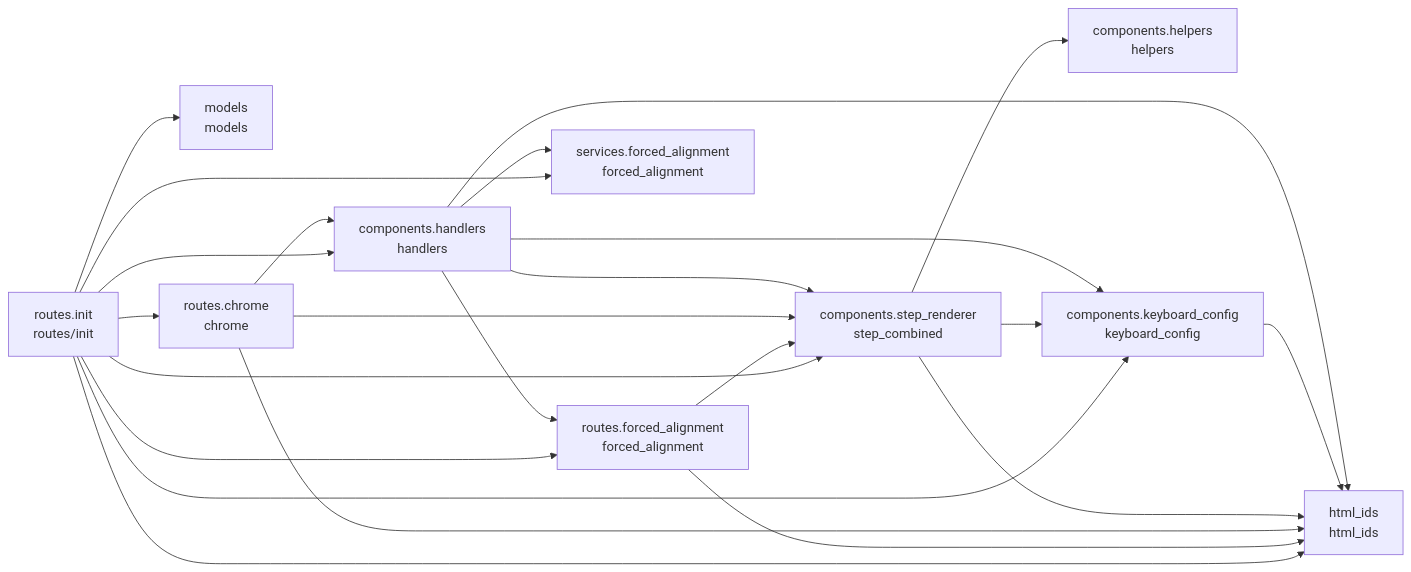
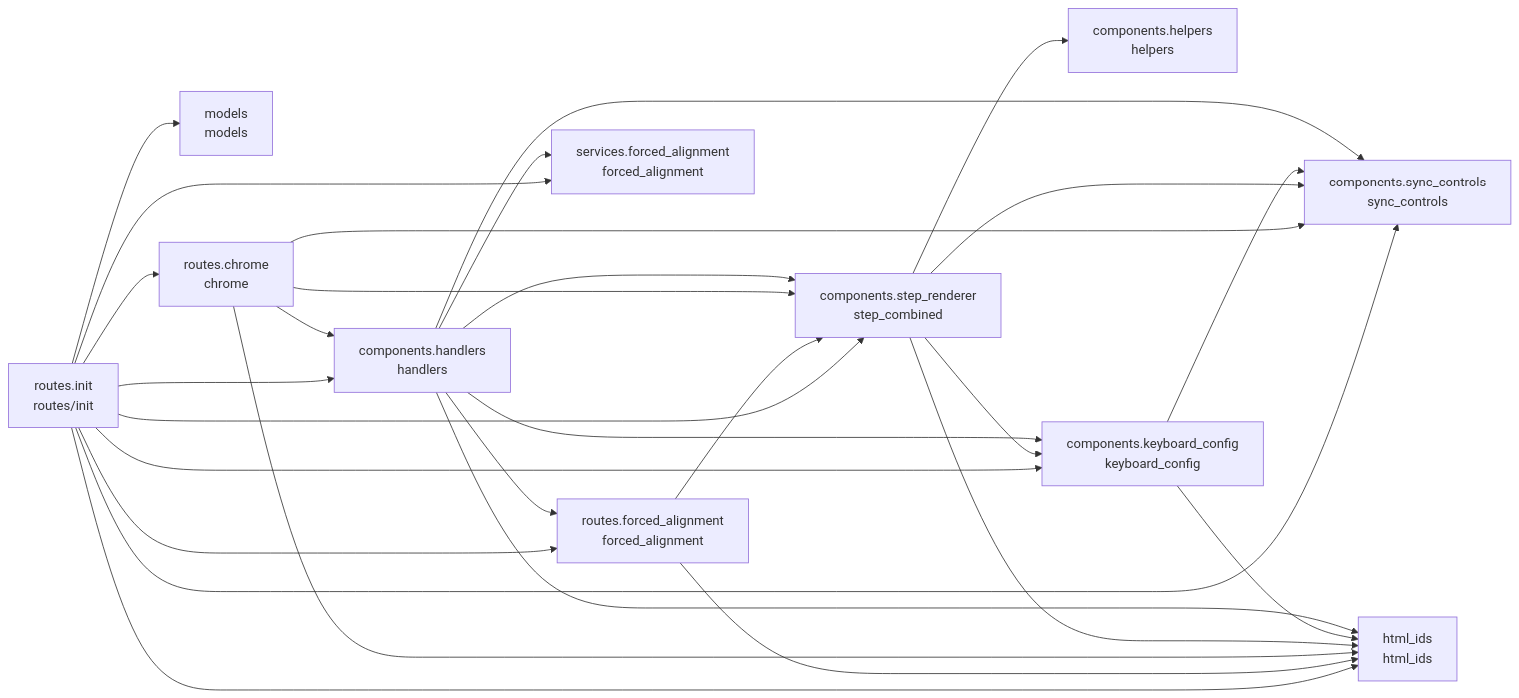
Before and after one commit to cj-mills/cjm-transcript-segment-align: the diagram in README.md, drawn with Mermaid. The commit also changed other lines of this file and 14 other files, not shown here.

````diff
--- a/README.md
+++ b/README.md
@@ -33,36 +34,42 @@
 ``` mermaid
 graph LR
     components_handlers[components.handlers<br/>handlers]
     components_helpers[components.helpers<br/>helpers]
     components_keyboard_config[components.keyboard_config<br/>keyboard_config]
     components_step_renderer[components.step_renderer<br/>step_combined]
+    components_sync_controls[components.sync_controls<br/>sync_controls]
     html_ids[html_ids<br/>html_ids]
     models[models<br/>models]
     routes_chrome[routes.chrome<br/>chrome]
     routes_forced_alignment[routes.forced_alignment<br/>forced_alignment]
     routes_init[routes.init<br/>routes/init]
     services_forced_alignment[services.forced_alignment<br/>forced_alignment]
 
-    components_handlers --> components_keyboard_config
-    components_handlers --> services_forced_alignment
     components_handlers --> components_step_renderer
     components_handlers --> html_ids
+    components_handlers --> services_forced_alignment
+    components_handlers --> components_sync_controls
+    components_handlers --> components_keyboard_config
     components_handlers --> routes_forced_alignment
     components_keyboard_config --> html_ids
+    components_keyboard_config --> components_sync_controls
+    components_step_renderer --> components_helpers
+    components_step_renderer --> components_sync_controls
     components_step_renderer --> components_keyboard_config
     components_step_renderer --> html_ids
-    components_step_renderer --> components_helpers
     routes_chrome --> components_handlers
+    routes_chrome --> html_ids
     routes_chrome --> components_step_renderer
-    routes_chrome --> html_ids
+    routes_chrome --> components_sync_controls
     routes_forced_alignment --> components_step_renderer
     routes_forced_alignment --> html_ids
+    routes_init --> components_handlers
+    routes_init --> html_ids
+    routes_init --> models
+    routes_init --> routes_chrome
+    routes_init --> routes_forced_alignment
+    routes_init --> services_forced_alignment
+    routes_init --> components_keyboard_config
+    routes_init --> components_sync_controls
     routes_init --> components_step_renderer
-    routes_init --> components_handlers
-    routes_init --> routes_chrome
-    routes_init --> components_keyboard_config
-    routes_init --> html_ids
-    routes_init --> routes_forced_alignment
-    routes_init --> models
-    routes_init --> services_forced_alignment
 ```
````
